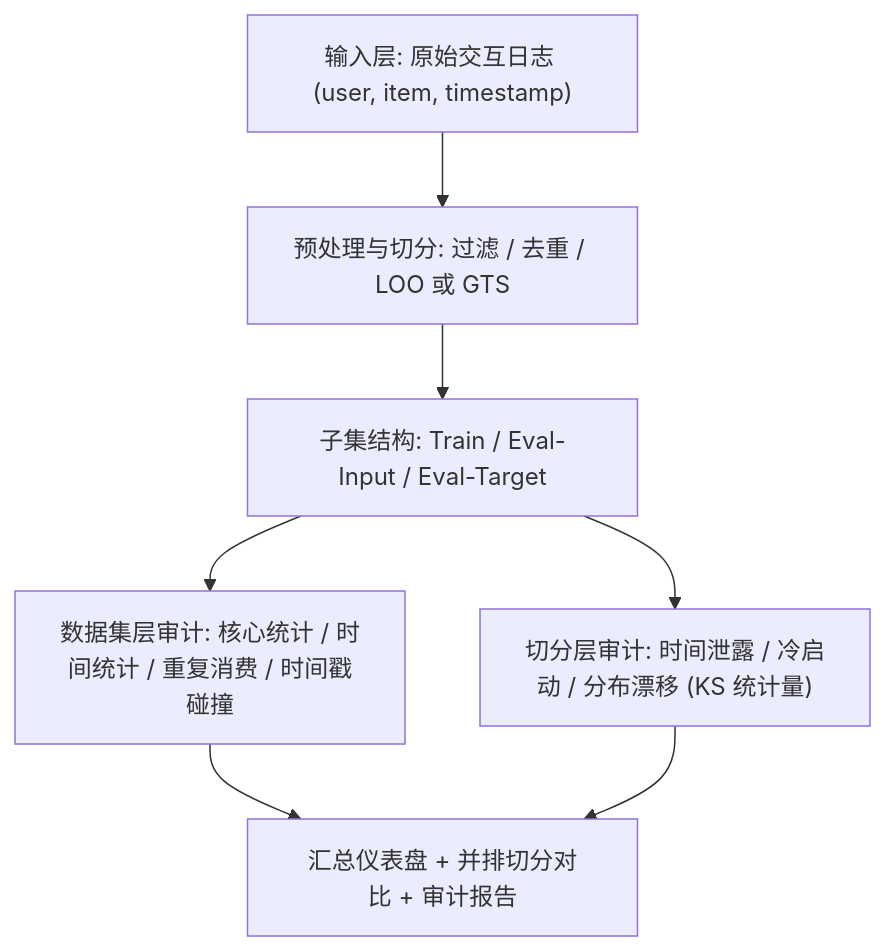
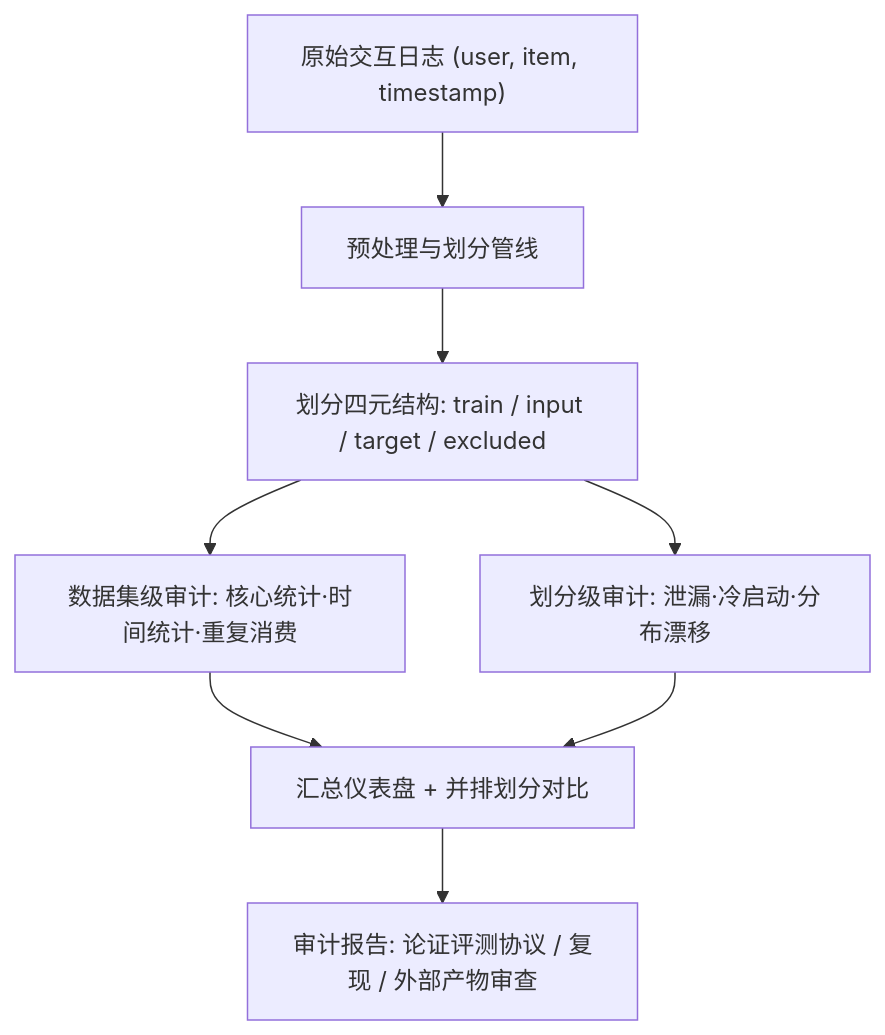
One commit to jbdcia321vw/Paper-Notes changed the diagram in docs/venues/SIGIR/2026/debias_fairness_industrial/splitlight_an_exploratory_toolkit_for_recommender_systems_datasets_and_spli.md. Above: the diagram before and after it, drawn with Mermaid. The commit also changed other lines of this file and 1119 other files, not shown here.

````diff
--- a/docs/venues/SIGIR/2026/debias_fairness_industrial/splitlight_an_exploratory_toolkit_for_recommender_systems_datasets_and_spli.md
+++ b/docs/venues/SIGIR/2026/debias_fairness_industrial/splitlight_an_exploratory_toolkit_for_recommender_systems_datasets_and_spli.md
@@ -55,9 +47,10 @@
 ```mermaid
 flowchart TD
-    A["输入层: 原始交互日志 (user, item, timestamp)"] --> B["预处理与切分: 过滤 / 去重 / LOO 或 GTS"]
-    B --> C["子集结构: Train / Eval-Input / Eval-Target"]
-    C --> D["数据集层审计: 核心统计 / 时间统计 / 重复消费 / 时间戳碰撞"]
-    C --> E["切分层审计: 时间泄露 / 冷启动 / 分布漂移 (KS 统计量)"]
-    D --> F["汇总仪表盘 + 并排切分对比 + 审计报告"]
+    A["原始交互日志 (user, item, timestamp)"] --> B["预处理与划分管线"]
+    B --> C["划分四元结构: train / input / target / excluded"]
+    C --> D["数据集级审计: 核心统计·时间统计·重复消费"]
+    C --> E["划分级审计: 泄漏·冷启动·分布漂移"]
+    D --> F["汇总仪表盘 + 并排划分对比"]
     E --> F
+    F --> G["审计报告: 论证评测协议 / 复现 / 外部产物审查"]
 ```
````
